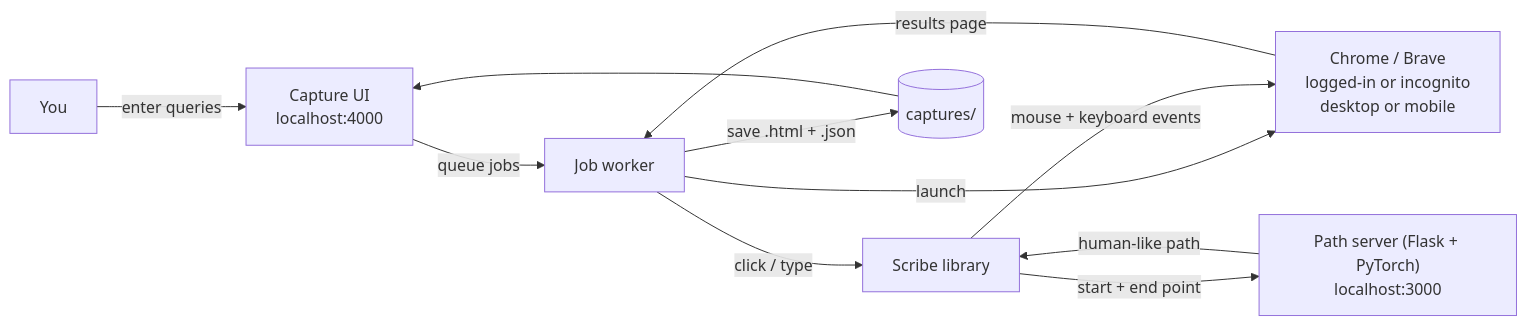
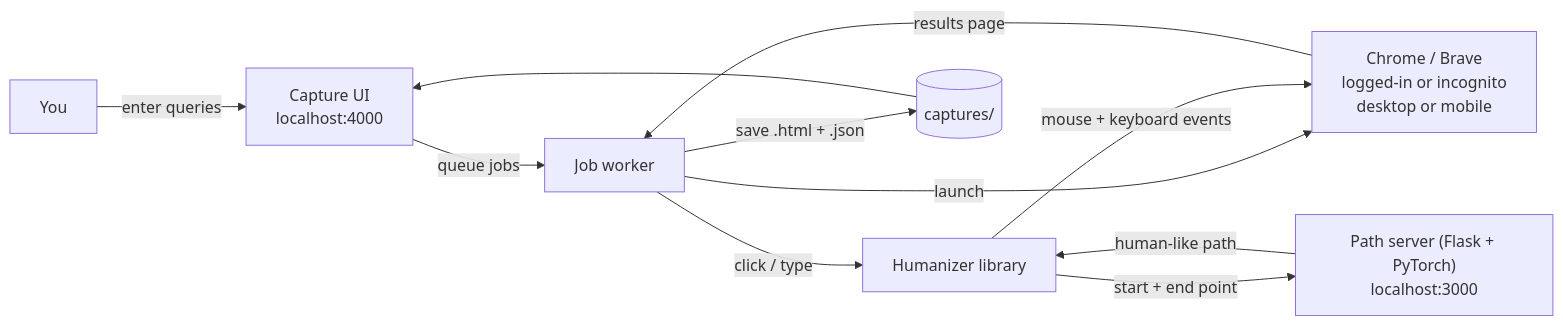
One commit to Ankulraja/Google-Search-Automation-Bypass-Captcha changed the first of 4 diagrams in README.md. Above: the diagram before and after it, drawn with Mermaid. The commit also changed other lines of this file and 24 other files, not shown here.

````diff
--- a/README.md
+++ b/README.md
@@ -23,13 +19,13 @@
 ```mermaid
 flowchart LR
     U[You] -->|enter queries| UI["Capture UI<br/>localhost:4000"]
     UI -->|queue jobs| W[Job worker]
     W -->|launch| B["Chrome / Brave<br/>logged-in or incognito<br/>desktop or mobile"]
-    W -->|click / type| S[Scribe library]
+    W -->|click / type| S[Humanizer library]
     S -->|start + end point| P["Path server (Flask + PyTorch)<br/>localhost:3000"]
     P -->|human-like path| S
     S -->|mouse + keyboard events| B
     B -->|results page| W
     W -->|save .html + .json| C[(captures/)]
     C --> UI
 ```
````
